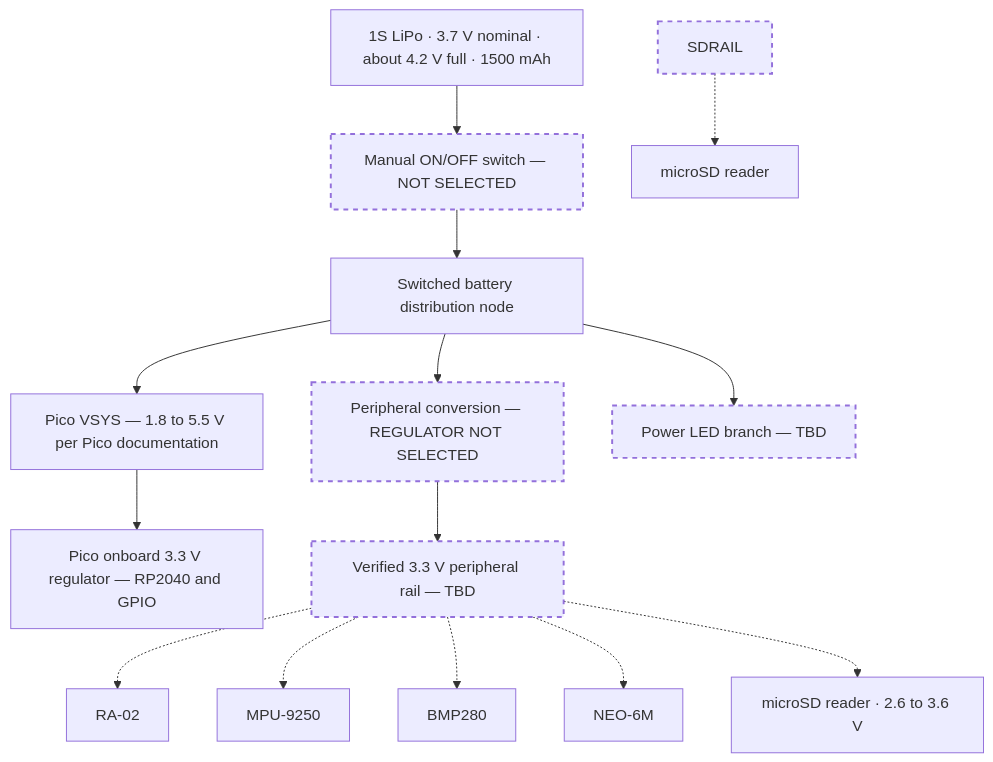
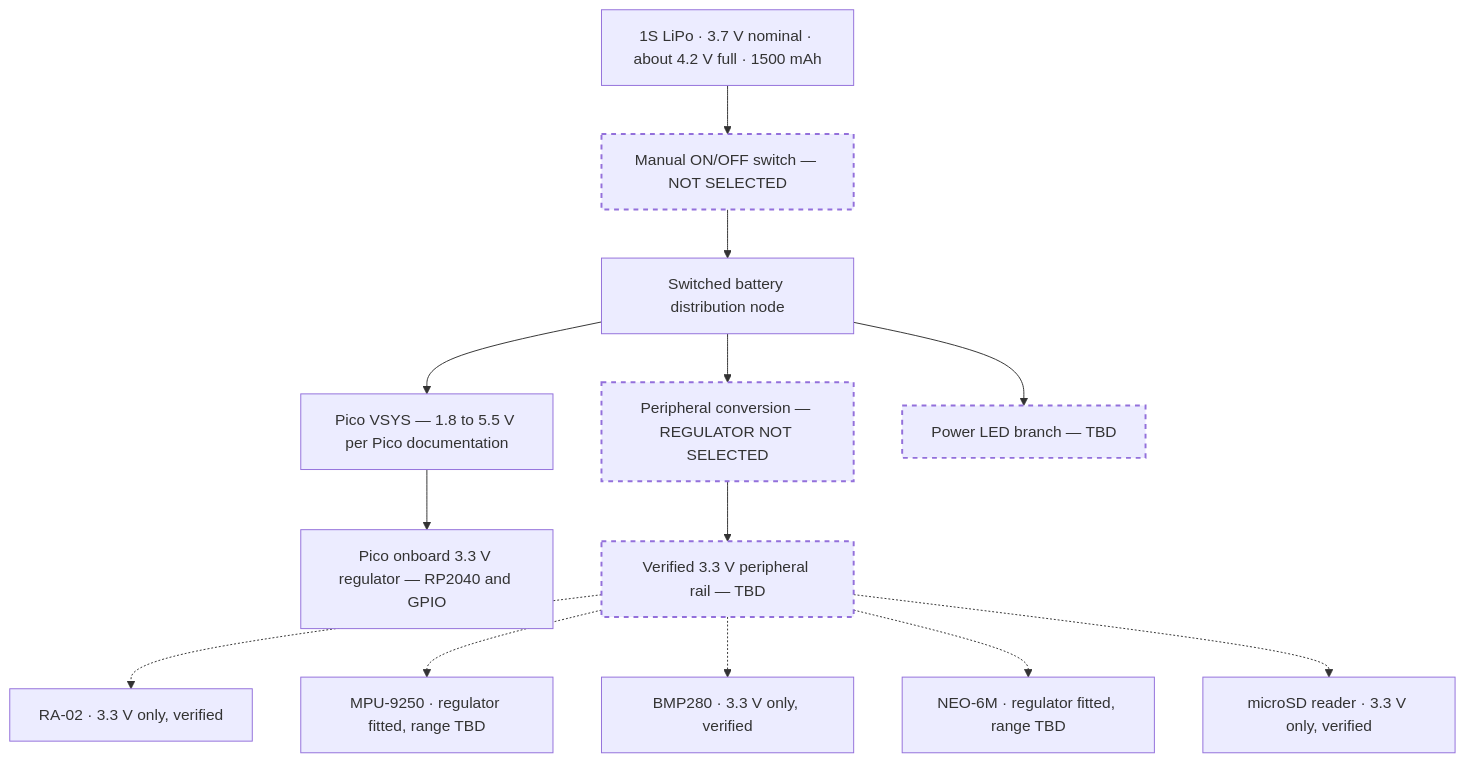
Before and after one commit to KunjSorathiya/CanSat-2026: the third of 4 diagrams in documentation/design/wiring.md, drawn with Mermaid. The commit also changed other lines of this file and 13 other files, not shown here.

````diff
--- a/documentation/design/wiring.md
+++ b/documentation/design/wiring.md
@@ -225,27 +300,26 @@
 ```mermaid
 flowchart TD
     BAT["1S LiPo · 3.7 V nominal · about 4.2 V full · 1500 mAh"]
     SW["Manual ON/OFF switch — NOT SELECTED"]
     NODE["Switched battery distribution node"]
     VSYS["Pico VSYS — 1.8 to 5.5 V per Pico documentation"]
     P33["Pico onboard 3.3 V regulator — RP2040 and GPIO"]
     CONV["Peripheral conversion — REGULATOR NOT SELECTED"]
     RAIL["Verified 3.3 V peripheral rail — TBD"]
     PLED["Power LED branch — TBD"]
 
     BAT --> SW --> NODE
     NODE --> VSYS --> P33
     NODE --> CONV
     CONV --> RAIL
     NODE --> PLED
 
-    RAIL -.-> LORA["RA-02"]
-    RAIL -.-> IMU["MPU-9250"]
-    RAIL -.-> BARO["BMP280"]
-    RAIL -.-> GPS["NEO-6M"]
-    RAIL -.-> SD["microSD reader · 2.6 to 3.6 V"]
-    SDRAIL -.-> SDM["microSD reader"]
+    RAIL -.-> LORA["RA-02 · 3.3 V only, verified"]
+    RAIL -.-> IMU["MPU-9250 · regulator fitted, range TBD"]
+    RAIL -.-> BARO["BMP280 · 3.3 V only, verified"]
+    RAIL -.-> GPS["NEO-6M · regulator fitted, range TBD"]
+    RAIL -.-> SDM["microSD reader · 3.3 V only, verified"]
 
     classDef tbd stroke-dasharray: 5 5,stroke-width:2px
-    class SW,CONV,RAIL,SDRAIL,PLED tbd
+    class SW,CONV,RAIL,PLED tbd
 ```
````
